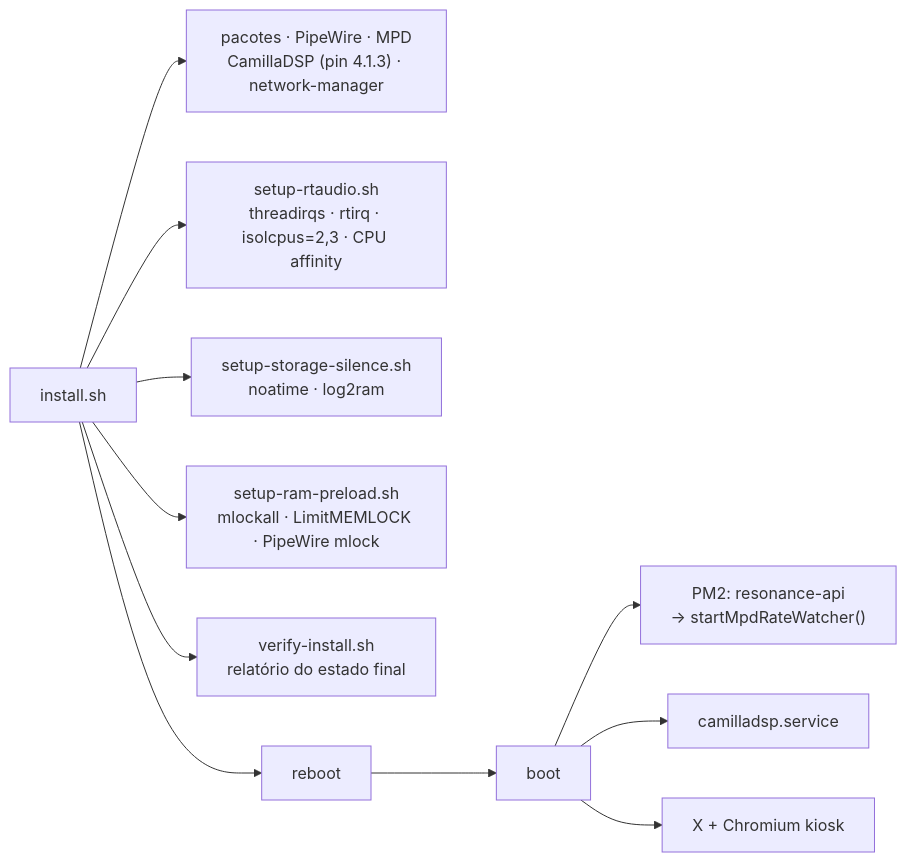
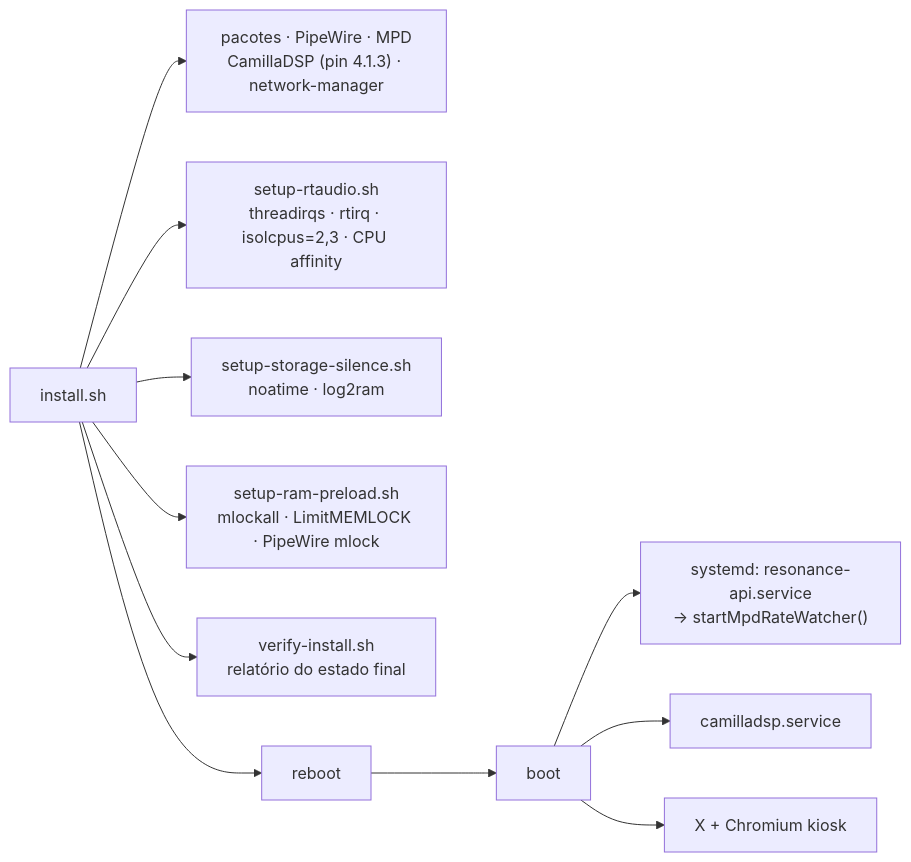
One commit to marciobooi/EnzoOS changed the fourth of 6 diagrams in docs/ARCHITECTURE.md. Above: the diagram before and after it, drawn with Mermaid. The commit also changed other lines of this file and 6 other files, not shown here.

First line of the commit message:
refactor(infra): replace PM2 with a native systemd service (resonance-api)

````diff
--- a/docs/ARCHITECTURE.md
+++ b/docs/ARCHITECTURE.md
@@ -136,13 +136,13 @@
 ```mermaid
 flowchart LR
     INSTALL["install.sh"] --> PKGS["pacotes · PipeWire · MPD<br/>CamillaDSP (pin 4.1.3) · network-manager"]
     INSTALL --> RT["setup-rtaudio.sh<br/>threadirqs · rtirq · isolcpus=2,3 · CPU affinity"]
     INSTALL --> STORE["setup-storage-silence.sh<br/>noatime · log2ram"]
     INSTALL --> RAM["setup-ram-preload.sh<br/>mlockall · LimitMEMLOCK · PipeWire mlock"]
     INSTALL --> VERIFY["verify-install.sh<br/>relatório do estado final"]
     INSTALL --> REBOOT["reboot"]
     REBOOT --> BOOT["boot"]
-    BOOT --> PM2["PM2: resonance-api<br/>→ startMpdRateWatcher()"]
+    BOOT --> SVC["systemd: resonance-api.service<br/>→ startMpdRateWatcher()"]
     BOOT --> CAM["camilladsp.service"]
     BOOT --> KIOSKX["X + Chromium kiosk"]
 ```
````
